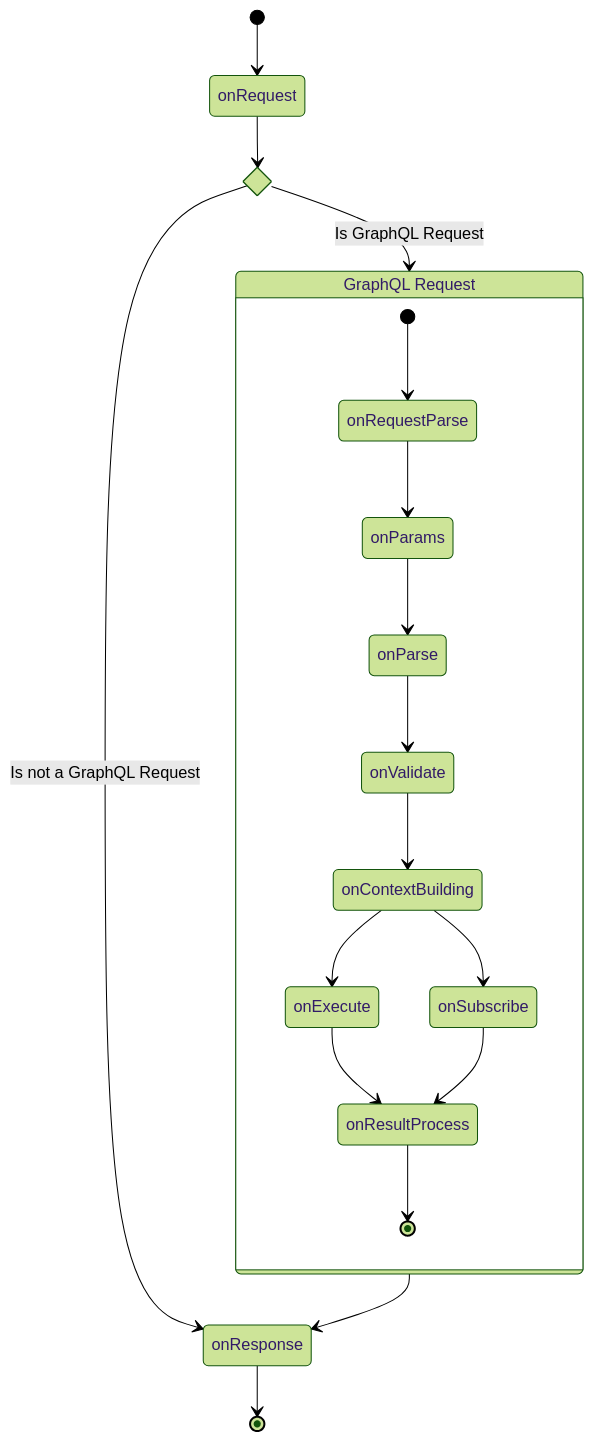
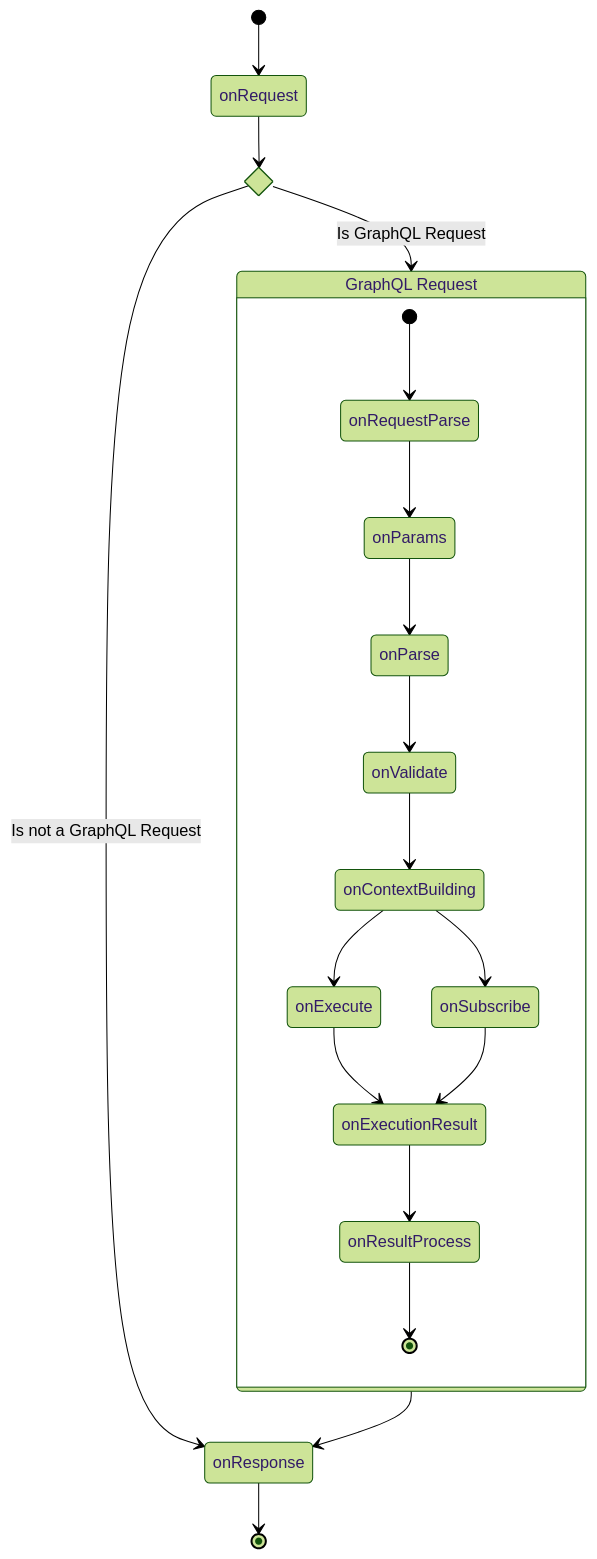
The diagram in website/src/pages/docs/features/envelop-plugins.mdx (dotansimha/graphql-yoga), drawn with Mermaid (forest theme) before and after one commit. The commit also changed other lines of this file and 1 other file, not shown here.

````diff
--- a/website/src/pages/docs/features/envelop-plugins.mdx
+++ b/website/src/pages/docs/features/envelop-plugins.mdx
@@ -111,32 +111,34 @@
 ```mermaid
 stateDiagram-v2
     [*] --> onRequest
 
     state onRequest_if_state <<choice>>
 
     onRequest --> onRequest_if_state
 
     onRequest_if_state --> onResponse: Is not a GraphQL Request
     onRequest_if_state --> GraphQLRequest: Is GraphQL Request
 
     GraphQLRequest: GraphQL Request
 
     state GraphQLRequest {
       [*] --> onRequestParse
       onRequestParse --> onParams
       onParams --> onParse
       onParse --> onValidate
       onValidate --> onContextBuilding
       onContextBuilding --> onExecute
       onContextBuilding --> onSubscribe
 
-      onExecute --> onResultProcess
-      onSubscribe --> onResultProcess
+      onExecute --> onExecutionResult
+      onSubscribe --> onExecutionResult
+
+      onExecutionResult --> onResultProcess
 
       onResultProcess --> [*]
     }
 
     GraphQLRequest --> onResponse
     onResponse --> [*]
 
 ```
````
